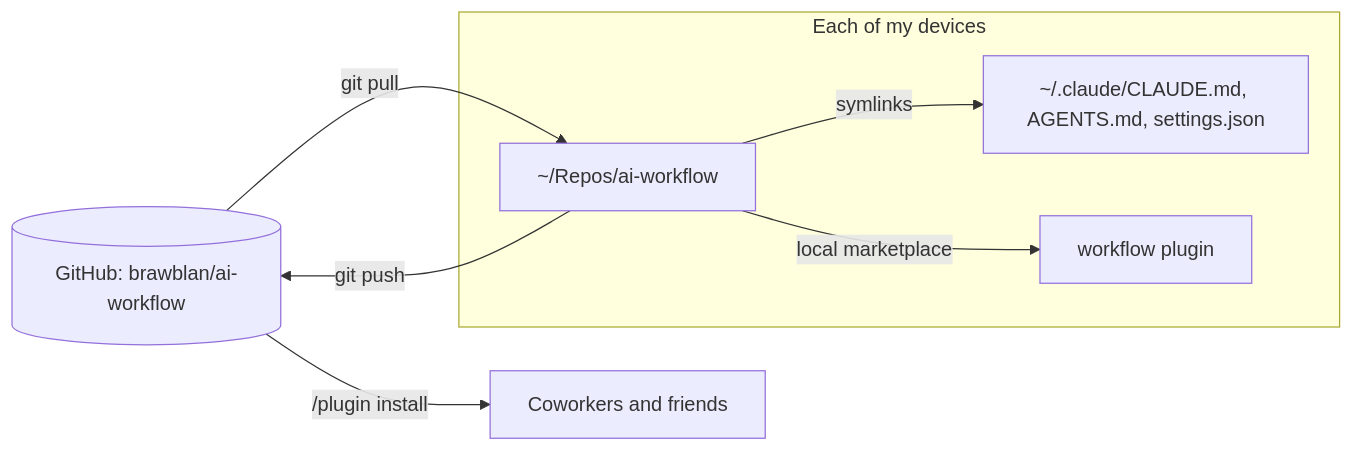
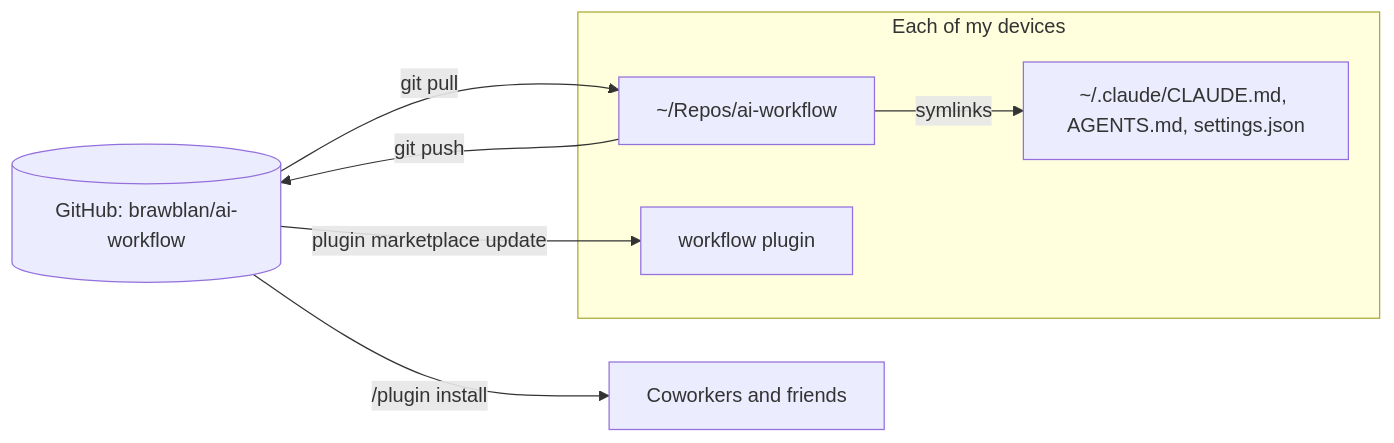
One commit to brawblan/ai-workflow changed the diagram in README.md. Above: the diagram before and after it, drawn with Mermaid. The commit also changed other lines of this file and 1 other file, not shown here.

First line of the commit message:
fix: load the marketplace from GitHub, not a local path

````diff
--- a/README.md
+++ b/README.md
@@ -56,11 +56,12 @@
 ```mermaid
 flowchart LR
   GH[(GitHub: brawblan/ai-workflow)]
   subgraph Device[Each of my devices]
     Clone[~/Repos/ai-workflow] -- symlinks --> Cfg[~/.claude/CLAUDE.md, AGENTS.md, settings.json]
-    Clone -- local marketplace --> Plugin[workflow plugin]
+    Plugin[workflow plugin]
   end
   Clone -- git push --> GH
   GH -- git pull --> Clone
+  GH -- plugin marketplace update --> Plugin
   GH -- /plugin install --> Others[Coworkers and friends]
 ```
````
